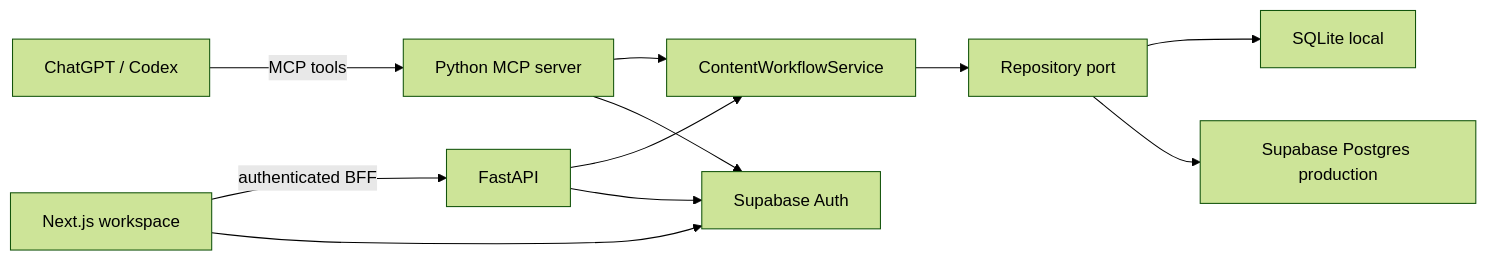
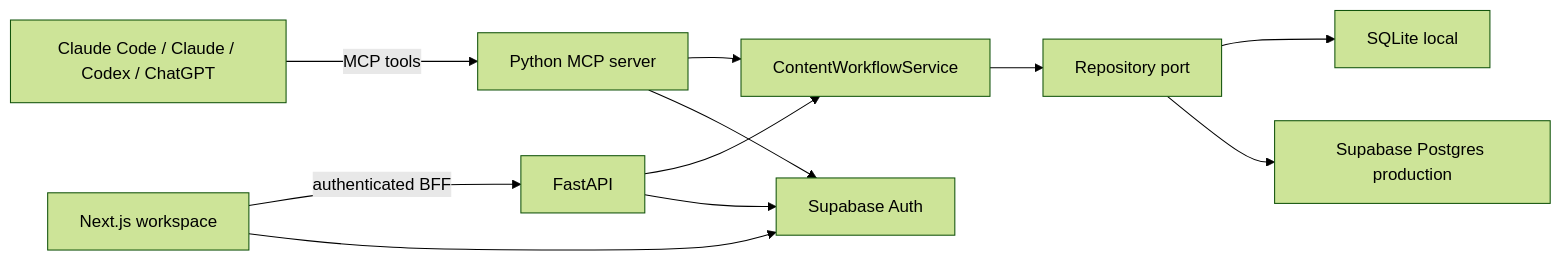
Before and after one commit to boldizsarnagy0518/LinkedIn-Content-Creator: the diagram in README.md, drawn with Mermaid (forest theme). The commit also changed other lines of this file and 14 other files, not shown here.

First line of the commit message:
Make ContentOps work with Claude as an MCP host

````diff
--- a/README.md
+++ b/README.md
@@ -28,13 +28,13 @@
 ```mermaid
 flowchart LR
-  Host["ChatGPT / Codex"] -->|"MCP tools"| MCP["Python MCP server"]
+  Host["Claude Code / Claude / Codex / ChatGPT"] -->|"MCP tools"| MCP["Python MCP server"]
   Web["Next.js workspace"] -->|"authenticated BFF"| API["FastAPI"]
   MCP --> Domain["ContentWorkflowService"]
   API --> Domain
   Domain --> Repo["Repository port"]
   Repo --> SQLite["SQLite local"]
   Repo --> Postgres["Supabase Postgres production"]
   Web --> Auth["Supabase Auth"]
   API --> Auth
   MCP --> Auth
 ```
````
